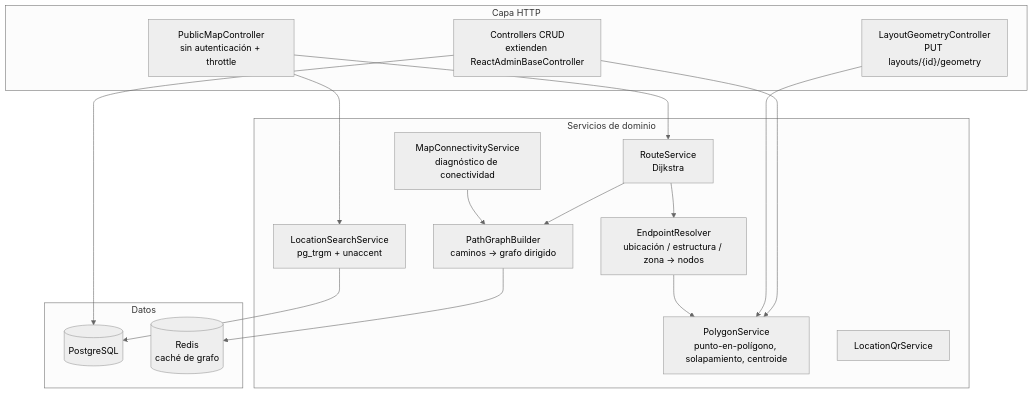
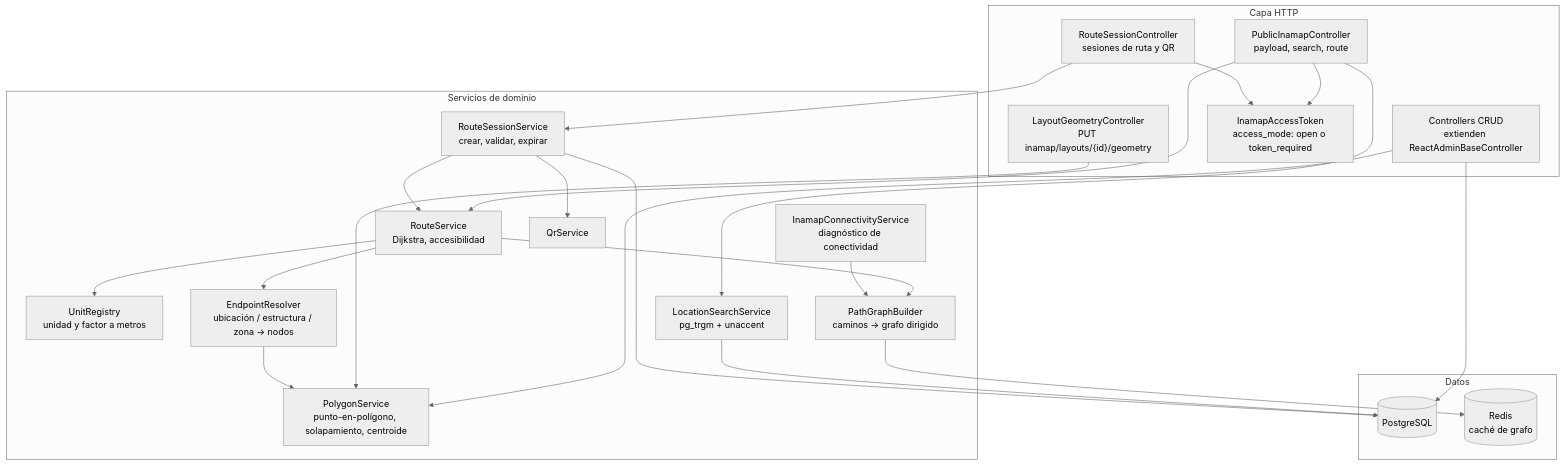
The third of 21 diagrams in README.md (farandal/inamap-backend-domain), drawn with Mermaid (neutral theme) before and after one commit. The commit also changed other lines of this file, not shown here.

First line of the commit message:
docs: finalize INAMAP domain specification

````diff
--- a/README.md
+++ b/README.md
@@ -328,33 +334,44 @@
 ```mermaid
 flowchart TD
     subgraph HTTP["Capa HTTP"]
         CRUD["Controllers CRUD<br/>extienden ReactAdminBaseController"]
-        EDIT["LayoutGeometryController<br/>PUT layouts/{id}/geometry"]
-        PUB["PublicMapController<br/>sin autenticación + throttle"]
+        EDIT["LayoutGeometryController<br/>PUT inamap/layouts/{id}/geometry"]
+        PUB["PublicInamapController<br/>payload, search, route"]
+        SESS["RouteSessionController<br/>sesiones de ruta y QR"]
+        MW["InamapAccessToken<br/>access_mode: open o token_required"]
     end
     subgraph SVC["Servicios de dominio"]
         POLY["PolygonService<br/>punto-en-polígono, solapamiento, centroide"]
+        UNIT["UnitRegistry<br/>unidad y factor a metros"]
         GRAPH["PathGraphBuilder<br/>caminos → grafo dirigido"]
-        ROUTE["RouteService<br/>Dijkstra"]
+        ROUTE["RouteService<br/>Dijkstra, accesibilidad"]
         RES["EndpointResolver<br/>ubicación / estructura / zona → nodos"]
         SEARCH["LocationSearchService<br/>pg_trgm + unaccent"]
-        DIAG["MapConnectivityService<br/>diagnóstico de conectividad"]
-        QR["LocationQrService"]
+        RSS["RouteSessionService<br/>crear, validar, expirar"]
+        DIAG["InamapConnectivityService<br/>diagnóstico de conectividad"]
+        QR["QrService"]
     end
     subgraph DATA["Datos"]
         PG[("PostgreSQL")]
         RD[("Redis<br/>caché de grafo")]
     end
 
     CRUD --> POLY
     EDIT --> POLY
+    PUB --> MW
+    SESS --> MW
     PUB --> SEARCH
     PUB --> ROUTE
+    SESS --> RSS
+    RSS --> ROUTE
+    RSS --> QR
     ROUTE --> GRAPH
     ROUTE --> RES
+    ROUTE --> UNIT
     GRAPH --> RD
     RES --> POLY
     SEARCH --> PG
+    RSS --> PG
     CRUD --> PG
     DIAG --> GRAPH
 ```
````
